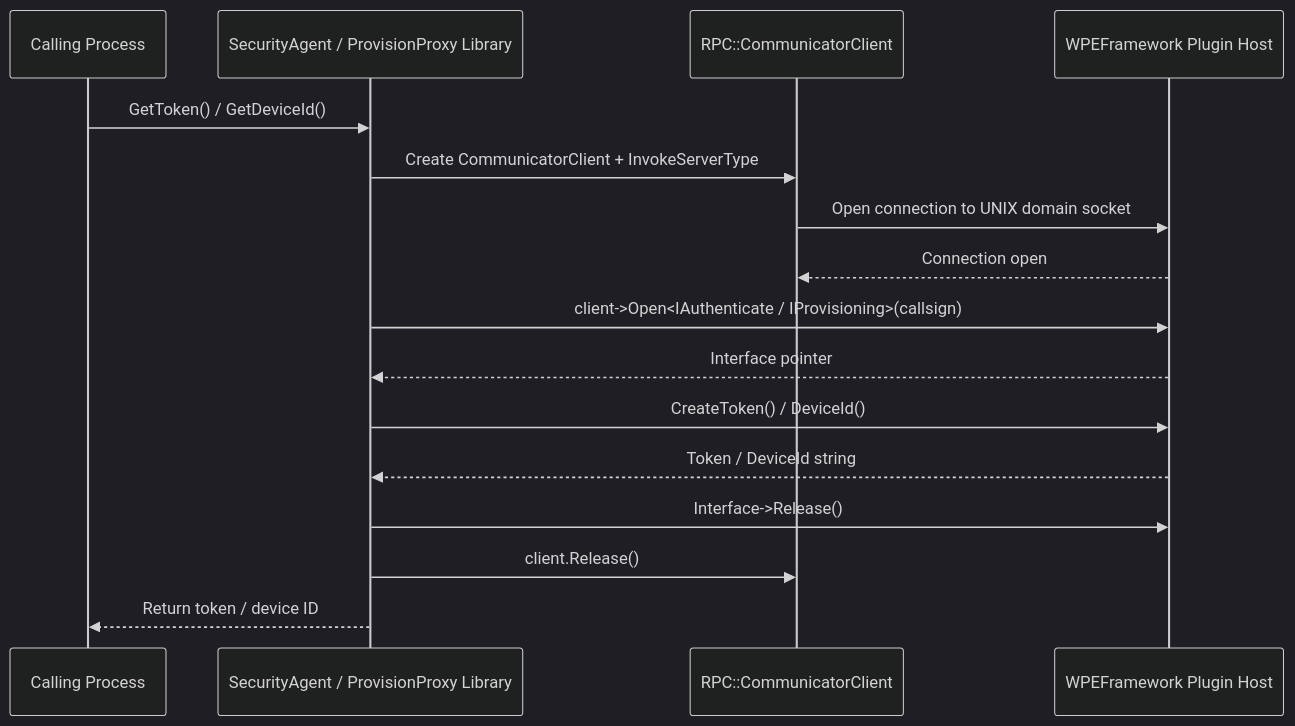
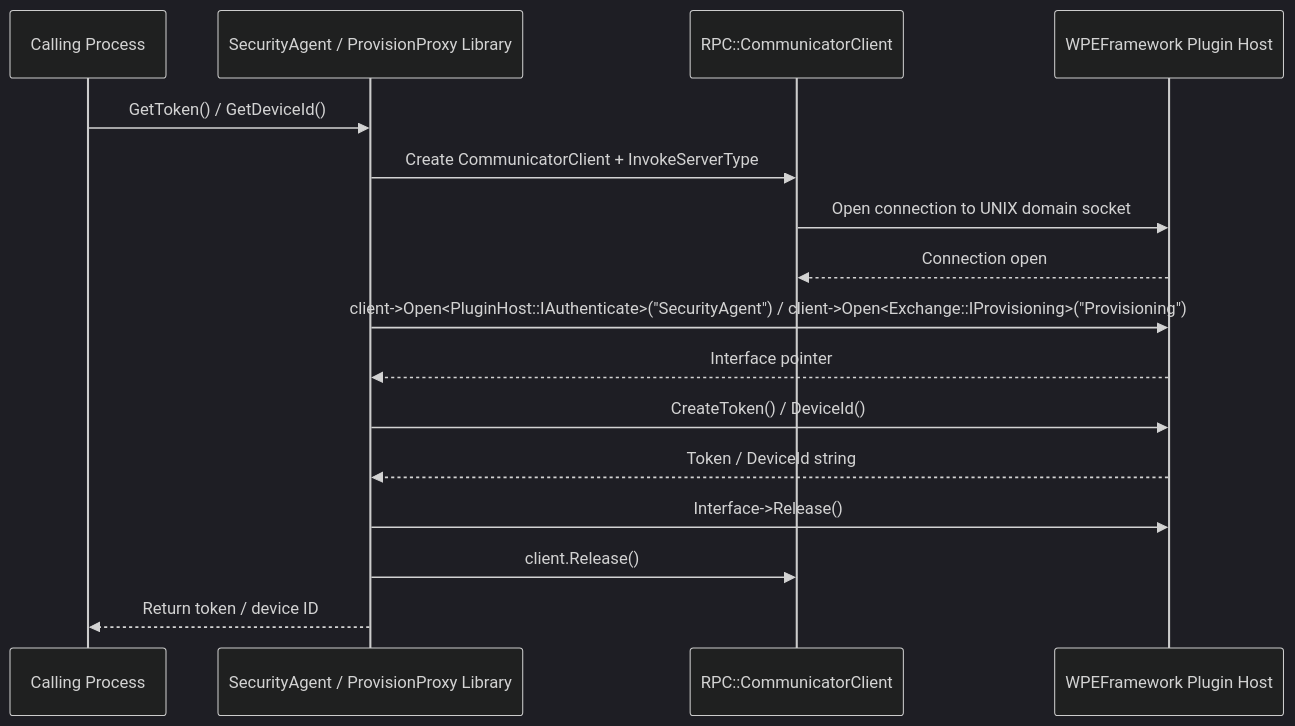
The fourth of 7 diagrams in docs/README.md (rdkcentral/ThunderClientLibraries), drawn with Mermaid (dark theme) before and after one commit. The commit also changed other lines of this file, not shown here.

````diff
--- a/docs/README.md
+++ b/docs/README.md
@@ -235,19 +237,19 @@
 ```mermaid
 sequenceDiagram
     participant Caller as Calling Process
     participant Lib as SecurityAgent / ProvisionProxy Library
     participant RPC as RPC::CommunicatorClient
     participant Thunder as WPEFramework Plugin Host
 
     Caller->>Lib: GetToken() / GetDeviceId()
     Lib->>RPC: Create CommunicatorClient + InvokeServerType
     RPC->>Thunder: Open connection to UNIX domain socket
     Thunder-->>RPC: Connection open
-    Lib->>Thunder: client->Open<IAuthenticate / IProvisioning>(callsign)
+    Lib->>Thunder: client->Open<PluginHost::IAuthenticate>("SecurityAgent") / client->Open<Exchange::IProvisioning>("Provisioning")
     Thunder-->>Lib: Interface pointer
     Lib->>Thunder: CreateToken() / DeviceId()
     Thunder-->>Lib: Token / DeviceId string
     Lib->>Thunder: Interface->Release()
     Lib->>RPC: client.Release()
     Lib-->>Caller: Return token / device ID
 ```
````
